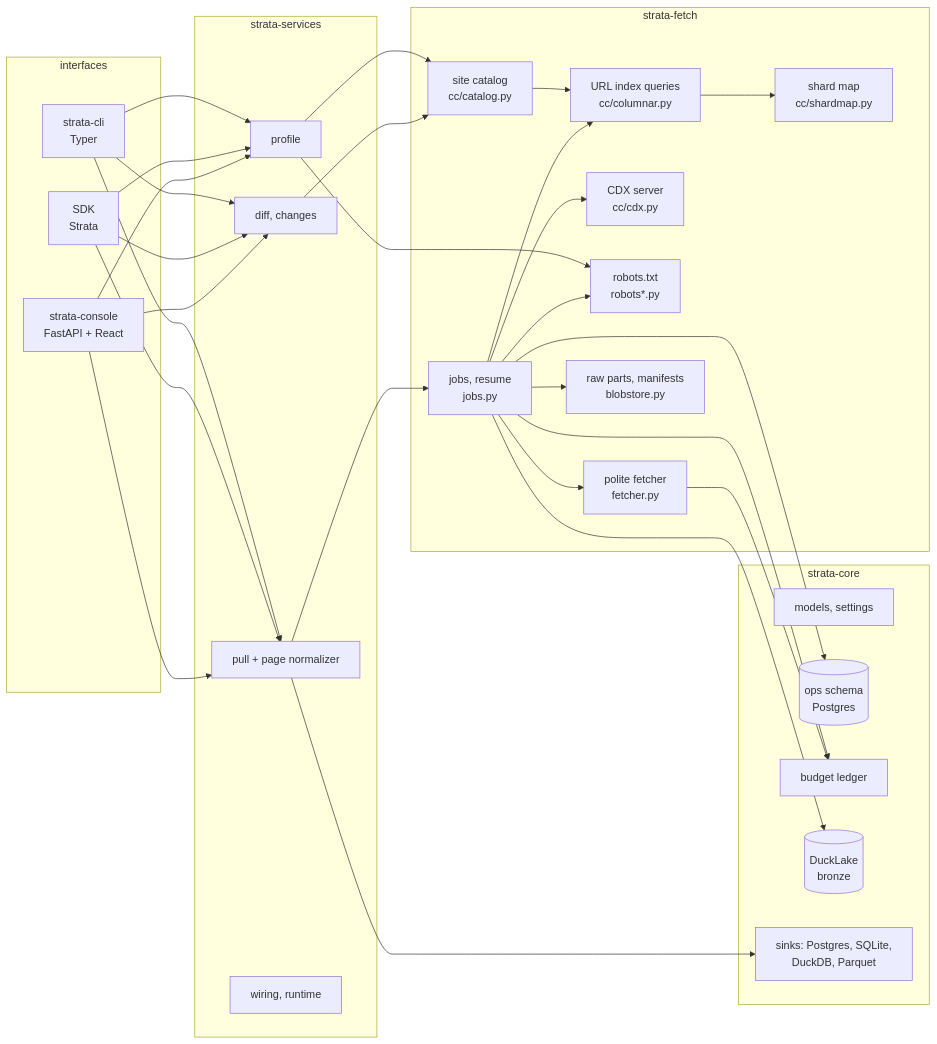
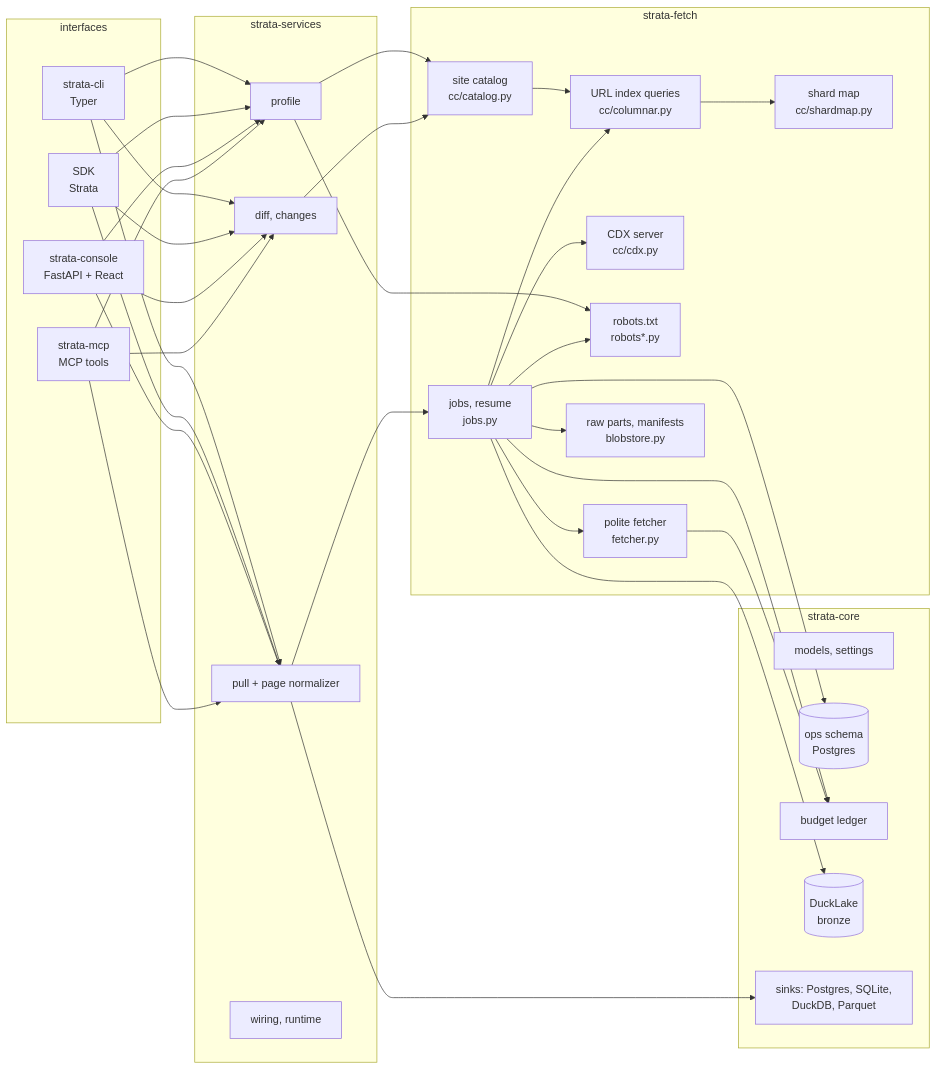
The diagram in docs/architecture.md (salmaelhanchi/strata), drawn with Mermaid before and after one commit. The commit also changed 12 other files, not shown here.

First line of the commit message:
S5: the MCP server, so AI agents can ask Strata before they scrape

````diff
--- a/docs/architecture.md
+++ b/docs/architecture.md
@@ -9,38 +9,39 @@
 ```mermaid
 flowchart LR
   subgraph interfaces
     CLI[strata-cli<br/>Typer]
     SDK[SDK<br/>Strata]
     CON[strata-console<br/>FastAPI + React]
+    MCP[strata-mcp<br/>MCP tools]
   end
   subgraph strata-services
     PROFILE[profile]
     CHANGES[diff, changes]
     PULL[pull + page normalizer]
     WIRING[wiring, runtime]
   end
   subgraph strata-fetch
     CAT[site catalog<br/>cc/catalog.py]
     COL[URL index queries<br/>cc/columnar.py]
     CDX[CDX server<br/>cc/cdx.py]
     MAP[shard map<br/>cc/shardmap.py]
     ROB[robots.txt<br/>robots*.py]
     FETCH[polite fetcher<br/>fetcher.py]
     JOBS[jobs, resume<br/>jobs.py]
     STORE[raw parts, manifests<br/>blobstore.py]
   end
   subgraph strata-core
     MODELS[models, settings]
     OPS[(ops schema<br/>Postgres)]
     LEDGER[budget ledger]
     LAKE[(DuckLake<br/>bronze)]
     SINKS[sinks: Postgres, SQLite,<br/>DuckDB, Parquet]
   end
-  CLI & SDK & CON --> PROFILE & CHANGES & PULL
+  CLI & SDK & CON & MCP --> PROFILE & CHANGES & PULL
   PROFILE --> CAT & ROB
   CHANGES --> CAT
   PULL --> JOBS & SINKS
   CAT --> COL --> MAP
   JOBS --> CDX & COL & ROB & FETCH & STORE & OPS & LEDGER & LAKE
   FETCH --> LEDGER
 ```
````
